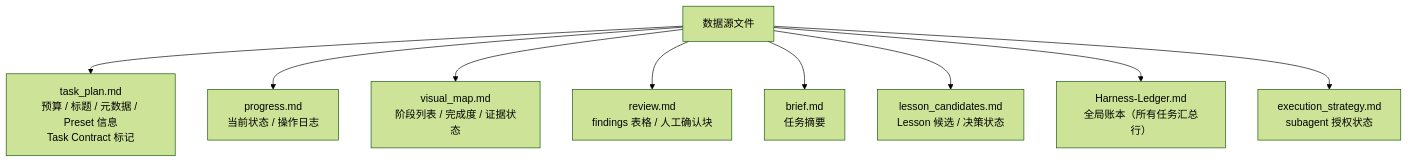
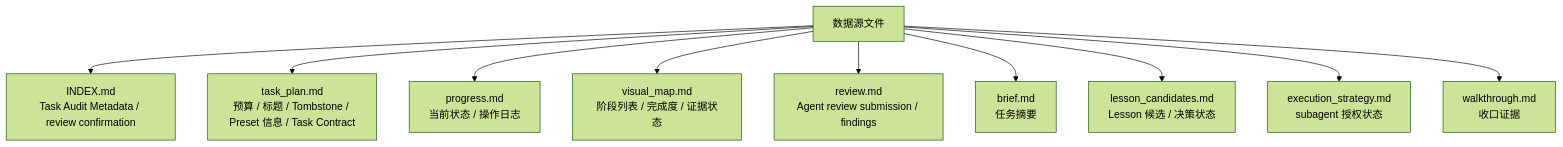
One commit to FairladyZ625/coding-agent-harness changed the second of 8 diagrams in docs-release/architecture/system-explainer/05-data-flow.md. Above: the diagram before and after it, drawn with Mermaid (forest theme). The commit also changed other lines of this file and 13 other files, not shown here.

Commit message:
docs: align release architecture docs

````diff
--- a/docs-release/architecture/system-explainer/05-data-flow.md
+++ b/docs-release/architecture/system-explainer/05-data-flow.md
@@ -21,13 +27,14 @@
 ```mermaid
 flowchart TD
   Sources["数据源文件"]
 
-  Sources --> TP["task_plan.md\n预算 / 标题 / 元数据 / Preset 信息\nTask Contract 标记"]
+  Sources --> IDX["INDEX.md\nTask Audit Metadata / review confirmation"]
+  Sources --> TP["task_plan.md\n预算 / 标题 / Tombstone / Preset 信息 / Task Contract"]
   Sources --> PR["progress.md\n当前状态 / 操作日志"]
   Sources --> VM["visual_map.md\n阶段列表 / 完成度 / 证据状态"]
-  Sources --> RV["review.md\nfindings 表格 / 人工确认块"]
+  Sources --> RV["review.md\nAgent review submission / findings"]
   Sources --> BR["brief.md\n任务摘要"]
   Sources --> LC["lesson_candidates.md\nLesson 候选 / 决策状态"]
-  Sources --> HL["Harness-Ledger.md\n全局账本（所有任务汇总行）"]
   Sources --> ES["execution_strategy.md\nsubagent 授权状态"]
+  Sources --> WO["walkthrough.md\n收口证据"]
 ```
````
